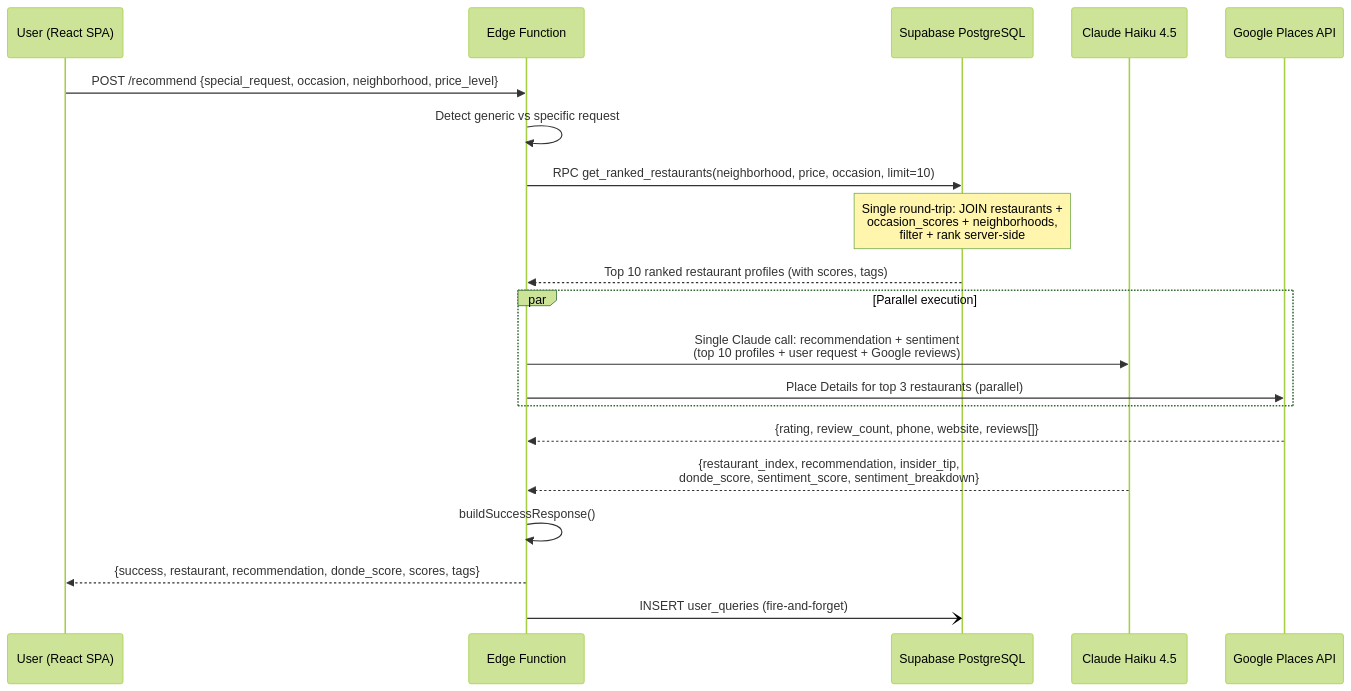
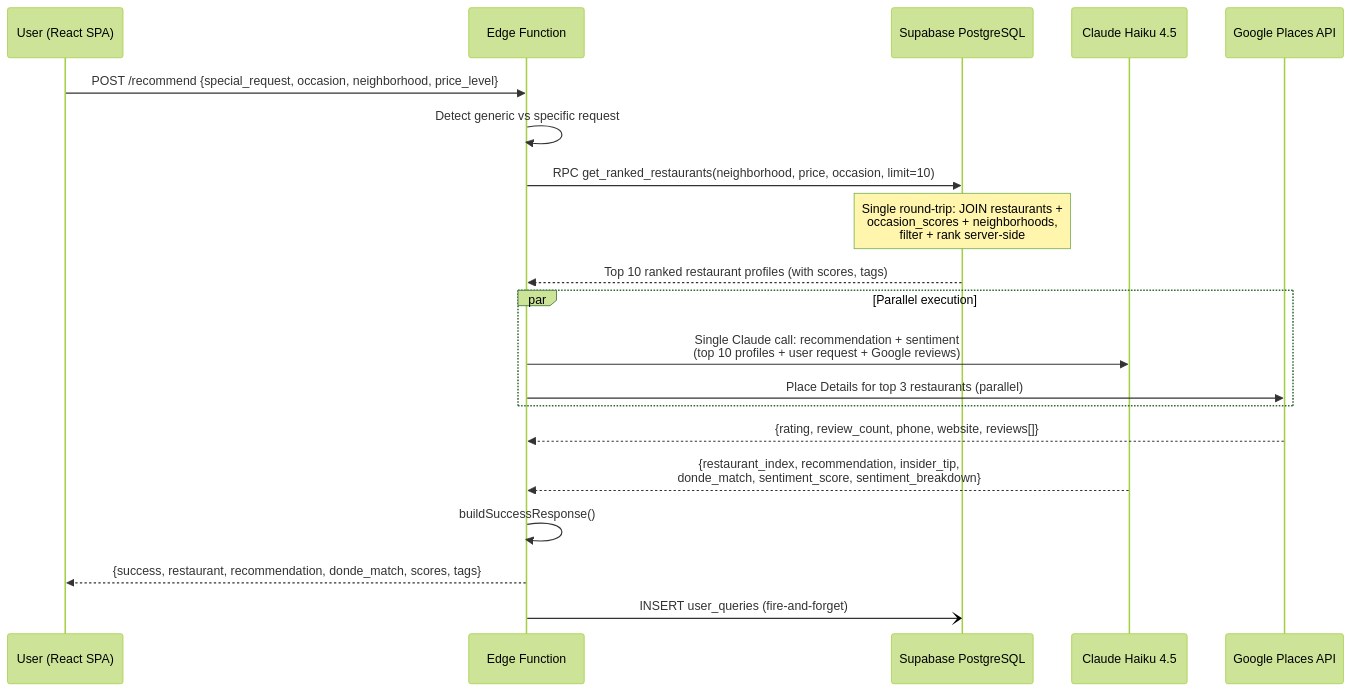
One commit to aacrit/dondeBackend changed the second of 10 diagrams in docs/system-architecture.md. Above: the diagram before and after it, drawn with Mermaid (forest theme). The commit also changed other lines of this file and 9 other files, not shown here.

First line of the commit message:
Replace donde_score (0-10) with donde_match (60-99% confidence)

````diff
--- a/docs/system-architecture.md
+++ b/docs/system-architecture.md
@@ -85,28 +85,28 @@
 ```mermaid
 sequenceDiagram
     participant U as User (React SPA)
     participant EF as Edge Function
     participant DB as Supabase PostgreSQL
     participant C as Claude Haiku 4.5
     participant G as Google Places API
 
     U->>EF: POST /recommend {special_request, occasion, neighborhood, price_level}
 
     EF->>EF: Detect generic vs specific request
 
     EF->>DB: RPC get_ranked_restaurants(neighborhood, price, occasion, limit=10)
     Note over DB: Single round-trip: JOIN restaurants +<br/>occasion_scores + neighborhoods,<br/>filter + rank server-side
     DB-->>EF: Top 10 ranked restaurant profiles (with scores, tags)
 
     par Parallel execution
         EF->>C: Single Claude call: recommendation + sentiment<br/>(top 10 profiles + user request + Google reviews)
         EF->>G: Place Details for top 3 restaurants (parallel)
     end
     G-->>EF: {rating, review_count, phone, website, reviews[]}
-    C-->>EF: {restaurant_index, recommendation, insider_tip,<br/>donde_score, sentiment_score, sentiment_breakdown}
+    C-->>EF: {restaurant_index, recommendation, insider_tip,<br/>donde_match, sentiment_score, sentiment_breakdown}
 
     EF->>EF: buildSuccessResponse()
-    EF-->>U: {success, restaurant, recommendation, donde_score, scores, tags}
+    EF-->>U: {success, restaurant, recommendation, donde_match, scores, tags}
 
     EF-)DB: INSERT user_queries (fire-and-forget)
 ```
````
